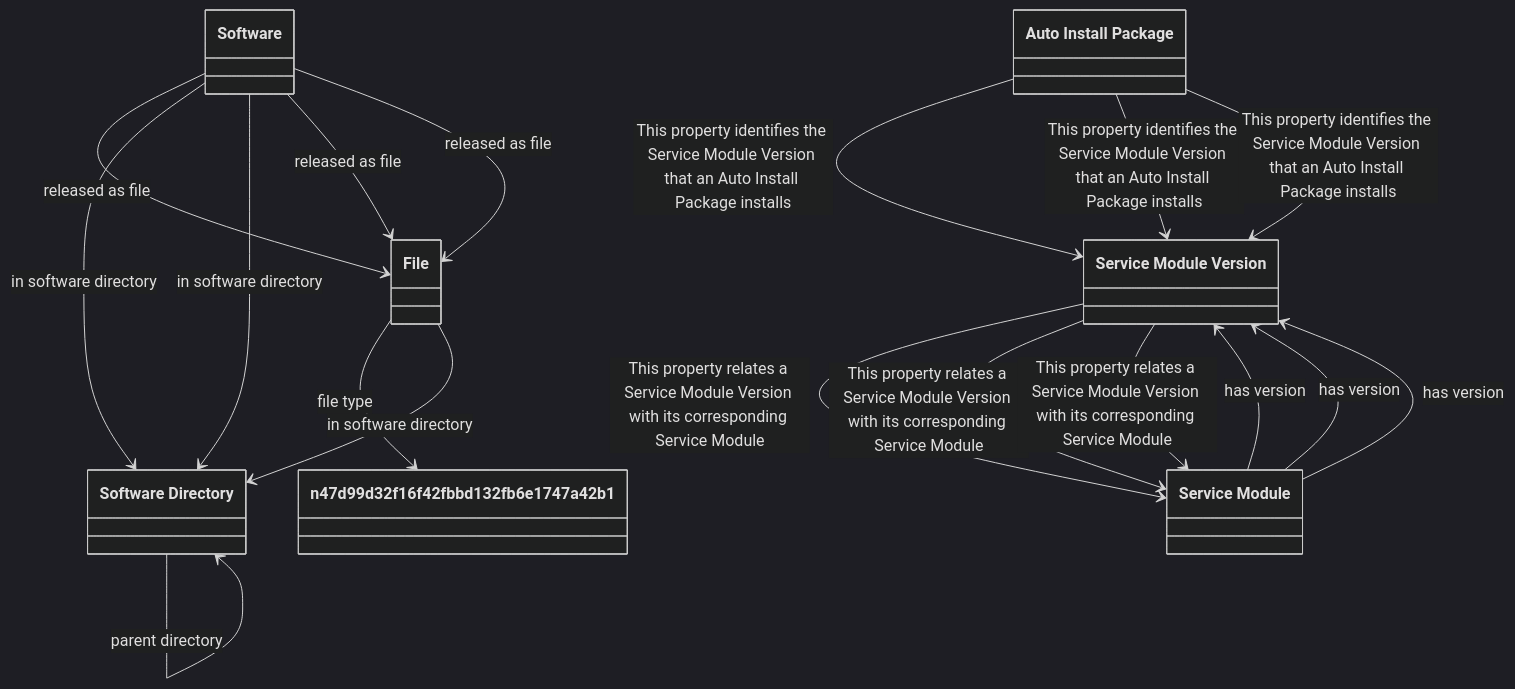
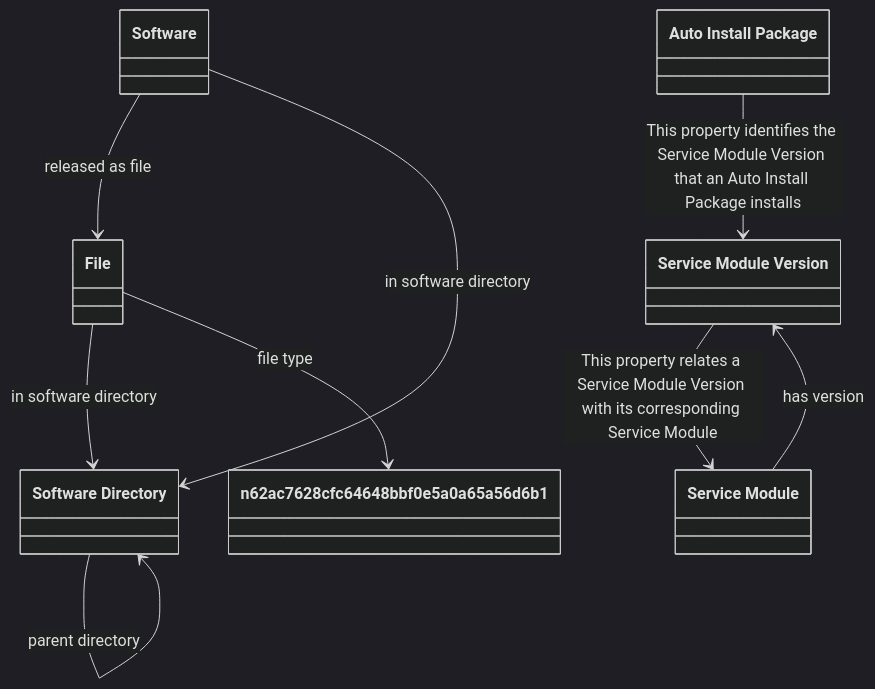
The diagram in output/ieswc_freq/software.ttl-freq-7-0-hard.md (oeg-upm/Devos), drawn with Mermaid (dark theme) before and after one commit. The commit also changed 131 other files, not shown here.

````diff
--- a/output/ieswc_freq/software.ttl-freq-7-0-hard.md
+++ b/output/ieswc_freq/software.ttl-freq-7-0-hard.md
@@ -1,73 +1,51 @@
 ```mermaid
 	classDiagram
 
     
     class `File` {
     
     }
 
     class `Software` {
     
     }
 
     class `Software Directory` {
     
     }
 
     class `Service Module Version` {
     
     }
 
     class `Service Module` {
     
     }
 
     class `Auto Install Package` {
     
     }
 
-    class `n47d99d32f16f42fbbd132fb6e1747a42b1` {
+    class `n62ac7628cfc64648bbf0e5a0a65a56d6b1` {
     
     }
 
 
 
-`File`  --> `n47d99d32f16f42fbbd132fb6e1747a42b1`   :file type  
+`Software`  --> `File`   :released as file  
+
+`Software Directory`  --> `Software Directory`   :parent directory  
+
+`Software`  --> `Software Directory`   :in software directory  
+
+`Service Module`  --> `Service Module Version`   :has version  
 
 `Service Module Version`  --> `Service Module`   :This property relates a Service Module Version with its corresponding Service Module  
 
-`Service Module`  --> `Service Module Version`   :has version  
-
-`Software`  --> `File`   :released as file  
+`File`  --> `Software Directory`   :in software directory  
 
 `Auto Install Package`  --> `Service Module Version`   :This property identifies the Service Module Version that an Auto Install Package installs  
 
-`Software Directory`  --> `Software Directory`   :parent directory  
-
-`File`  --> `Software Directory`   :in software directory  
-
-`Service Module Version`  --> `Service Module`   :This property relates a Service Module Version with its corresponding Service Module  
-
-`Service Module Version`  --> `Service Module`   :This property relates a Service Module Version with its corresponding Service Module  
-
-`Service Module`  --> `Service Module Version`   :has version  
-
-`Service Module`  --> `Service Module Version`   :has version  
-
-`Software`  --> `Software Directory`   :in software directory  
-
-`Software`  --> `Software Directory`   :in software directory  
-
-`Software`  --> `File`   :released as file  
-
-`Software`  --> `File`   :released as file  
-
-`Auto Install Package`  --> `Service Module Version`   :This property identifies the Service Module Version that an Auto Install Package installs  
-
-`Software Directory`  --> `Software Directory`   :parent directory  
-
-`Software Directory`  --> `Software Directory`   :parent directory  
-
-`Auto Install Package`  --> `Service Module Version`   :This property identifies the Service Module Version that an Auto Install Package installs  
+`File`  --> `n62ac7628cfc64648bbf0e5a0a65a56d6b1`   :file type  
 
 ```
````
